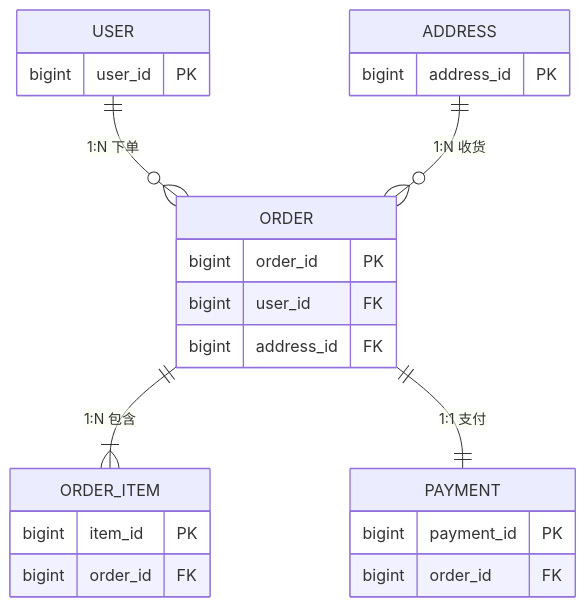
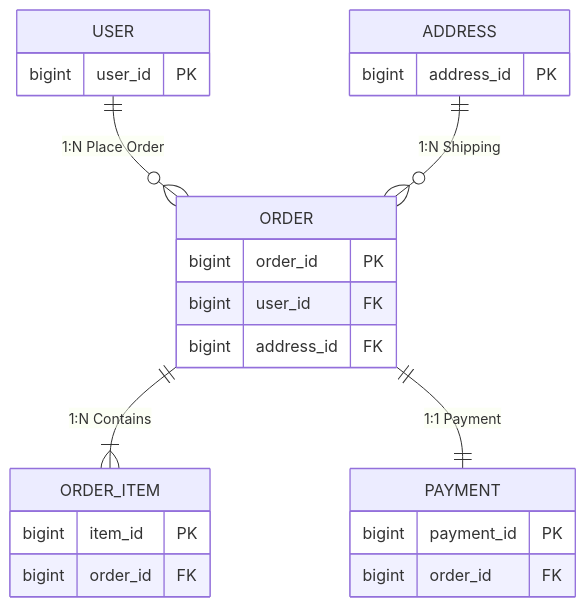
Before and after one commit to Kirky-X/cangjie: the fourth of 11 diagrams in templates/产品/技术层/【模板】数据库设计文档规范.md, drawn with Mermaid. The commit also changed other lines of this file and 46 other files, not shown here.

````diff
--- a/templates/产品/技术层/【模板】数据库设计文档规范.md
+++ b/templates/产品/技术层/【模板】数据库设计文档规范.md
@@ -287,27 +287,27 @@
 ```mermaid
 erDiagram
-    USER ||--o{ ORDER : "1:N 下单"
-    ADDRESS ||--o{ ORDER : "1:N 收货"
-    ORDER ||--|{ ORDER_ITEM : "1:N 包含"
-    ORDER ||--|| PAYMENT : "1:1 支付"
+    USER ||--o{ ORDER : "1:N Place Order"
+    ADDRESS ||--o{ ORDER : "1:N Shipping"
+    ORDER ||--|{ ORDER_ITEM : "1:N Contains"
+    ORDER ||--|| PAYMENT : "1:1 Payment"
 
     USER {
         bigint user_id PK
     }
     ORDER {
         bigint order_id PK
         bigint user_id FK
         bigint address_id FK
     }
     ORDER_ITEM {
         bigint item_id PK
         bigint order_id FK
     }
     PAYMENT {
         bigint payment_id PK
         bigint order_id FK
     }
     ADDRESS {
         bigint address_id PK
     }
 ```
````
